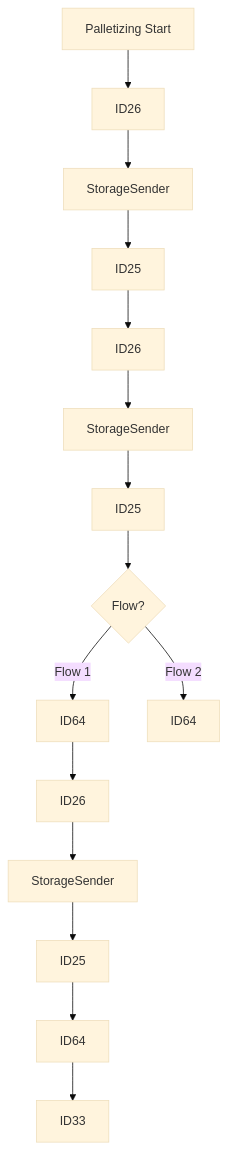
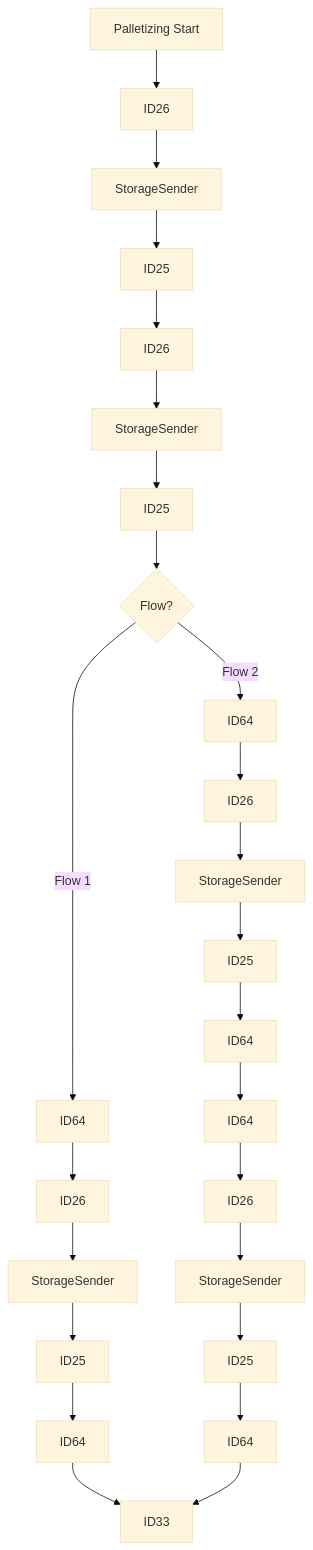
Before and after one commit to luthfiadityaa/SimeDarby-Wiki: the second of 2 diagrams in Basic-Design/DFD-WMS/Storage/Palletizing-Settting.md, drawn with Mermaid (base theme).

Commit message:
Updated Palletizing Settting

```diff
--- a/Basic-Design/DFD-WMS/Storage/Palletizing-Settting.md
+++ b/Basic-Design/DFD-WMS/Storage/Palletizing-Settting.md
@@ -17,9 +17,12 @@
 ::: mermaid
 flowchart TD  
 P1[Palletizing Start]-->P2[ID26]-->P3[StorageSender]-->P4[ID25]
 P4[ID25]-->P5[ID26]-->P6[StorageSender]-->P7[ID25]
 P7[ID25]-->Cond1{Flow?} 
 Cond1 --> |Flow 1| P8[ID64]
 Cond1 --> |Flow 2| P9[ID64]
-P8[ID64]-->P10[ID26]-->P11[StorageSender]-->P12[ID25]-->P13[ID64]-->P14[ID33]
+P8[ID64]-->P10[ID26]-->P11[StorageSender]-->P12[ID25]-->P13[ID64]
+P9[ID64]-->P15[ID26]-->P16[StorageSender]-->P17[ID25]-->P18[ID64]-->P19[ID64]-->P20[ID26]-->P21[StorageSender]-->P22[ID25]-->P23[ID64]
+P13[ID64]-->P14[ID33]
+P23[ID64]-->P14[ID33]
 :::
```
